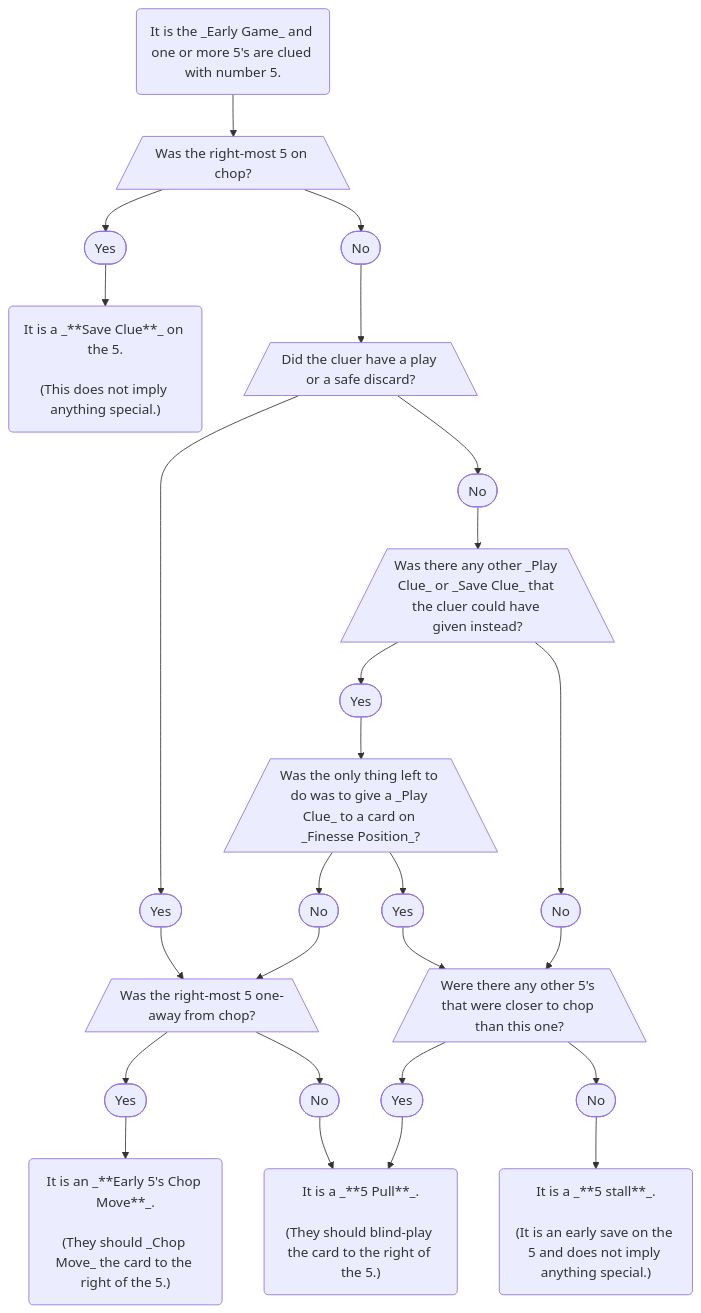
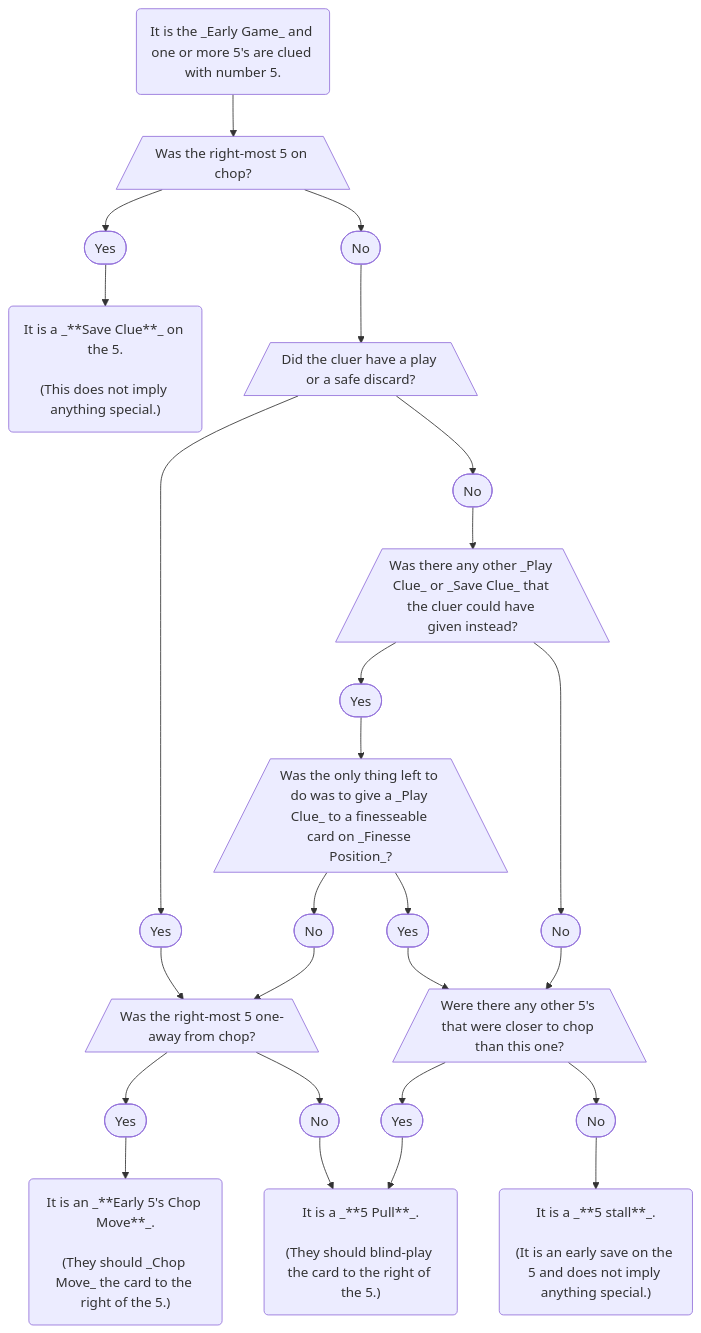
One commit to hanabi/hanabi.github.io changed the diagram in docs/level-19.mdx. Above: the diagram before and after it, drawn with Mermaid. The commit also changed 1 other file, not shown here.

Commit message:
Adding 'finesse-able' caveat to 5 stall FPE in flowchart (#1306)
* Adding 'finesse-able' caveat to 5 stall FPE in flowchart

* Update level-19.mdx

* update

---------

````diff
--- a/docs/level-19.mdx
+++ b/docs/level-19.mdx
@@ -208,58 +208,58 @@
 ```mermaid
 flowchart TD;
 
 S(It is the _Early Game_ and one or more 5's are clued with number 5.)
 D1[/Was the right-most 5 on chop?\]
 D1Y([Yes])
 D1N([No])
 D1YL("It is a _**Save Clue**_ on the 5.<br/ ><br/ >(This does not imply anything special.)")
 D2[/Did the cluer have a play or a safe discard?\]
 D2Y([Yes])
 D2N([No])
 D3[/Was there any other _Play Clue_ or _Save Clue_ that the cluer could have given instead?\]
 D3Y([Yes])
 D3N([No])
-D4[/Was the only thing left to do was to give a _Play Clue_ to a card on _Finesse Position_?\]
+D4[/Was the only thing left to do was to give a _Play Clue_ to a finesseable card on _Finesse Position_?\]
 D4Y([Yes])
 D4N([No])
 D5[/Were there any other 5's that were closer to chop than this one?\]
 D5Y([Yes])
 D5N([No])
 D5NL("It is a _**5 stall**_.<br/ ><br/ >(It is an early save on the 5 and does not imply anything special.)")
 D6[/Was the right-most 5 one-away from chop?\]
 D6Y([Yes])
 D6N([No])
 D6YL("It is an _**Early 5's Chop Move**_.<br/ ><br/ >(They should _Chop Move_ the card to the right of the 5.)")
 D6NL("It is a _**5 Pull**_.<br/ ><br/ >(They should blind-play the card to the right of the 5.)")
 
 class D1Y,D2Y,D3Y,D4Y,D5Y,D6Y node-yes
 class D1N,D2N,D3N,D4N,D5N,D6N node-no
 class D1,D2,D3,D4,D5,D6 node-dec
 class S,D1YL,D6NL,D5NL,D6YL node-act
 
 S --> D1;
 D1 --> D1Y;
 D1 --> D1N;
 D1Y --> D1YL;
 D1N --> D2;
 D2 --> D2Y;
 D2 --> D2N;
 D2Y --> D6;
 D2N --> D3;
 D3 --> D3Y;
 D3 --> D3N;
 D3Y --> D4;
 D3N --> D5;
 D4 --> D4N;
 D4 --> D4Y;
 D4Y --> D5;
 D4N --> D6;
 D5 --> D5Y;
 D5 --> D5N;
 D5Y --> D6NL;
 D5N --> D5NL;
 D6 --> D6Y;
 D6 --> D6N;
 D6Y --> D6YL;
 D6N --> D6NL;
 ```
````
